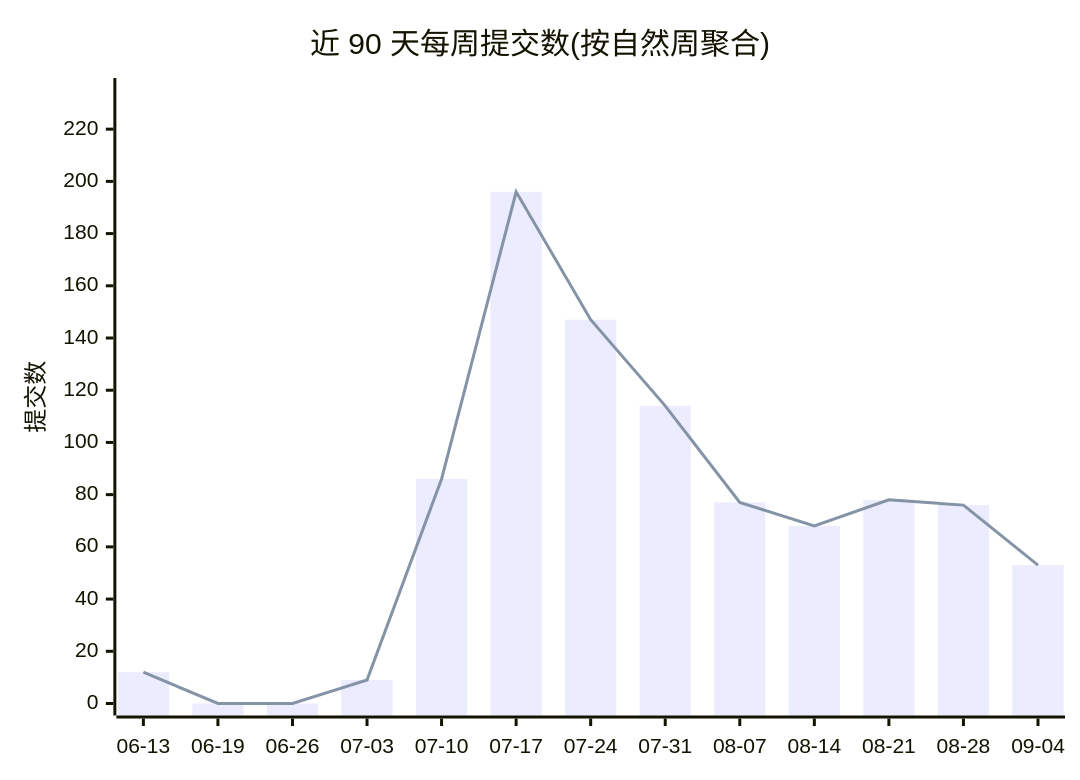
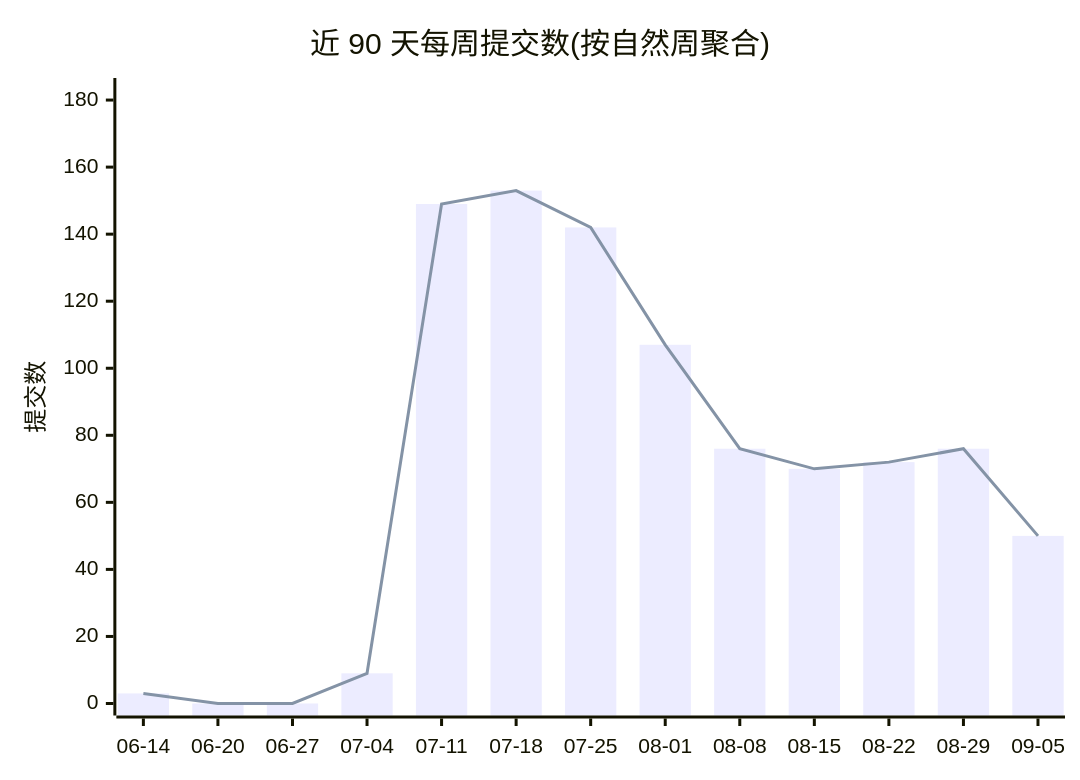
One commit to Conflux-Union/.github changed the first of 2 diagrams in profile/README.md. Above: the diagram before and after it, drawn with Mermaid. The commit also changed other lines of this file and 1 other file, not shown here.

````diff
--- a/profile/README.md
+++ b/profile/README.md
@@ -44,8 +44,8 @@
 ```mermaid
 xychart-beta
     title "近 90 天每周提交数(按自然周聚合)"
-    x-axis ["06-13", "06-19", "06-26", "07-03", "07-10", "07-17", "07-24", "07-31", "08-07", "08-14", "08-21", "08-28", "09-04"]
-    y-axis "提交数" 0 --> 235
-    bar [12, 0, 0, 9, 86, 196, 147, 114, 77, 68, 78, 76, 53]
-    line [12, 0, 0, 9, 86, 196, 147, 114, 77, 68, 78, 76, 53]
+    x-axis ["06-14", "06-20", "06-27", "07-04", "07-11", "07-18", "07-25", "08-01", "08-08", "08-15", "08-22", "08-29", "09-05"]
+    y-axis "提交数" 0 --> 183
+    bar [3, 0, 0, 9, 149, 153, 142, 107, 76, 70, 72, 76, 50]
+    line [3, 0, 0, 9, 149, 153, 142, 107, 76, 70, 72, 76, 50]
 ```
````
